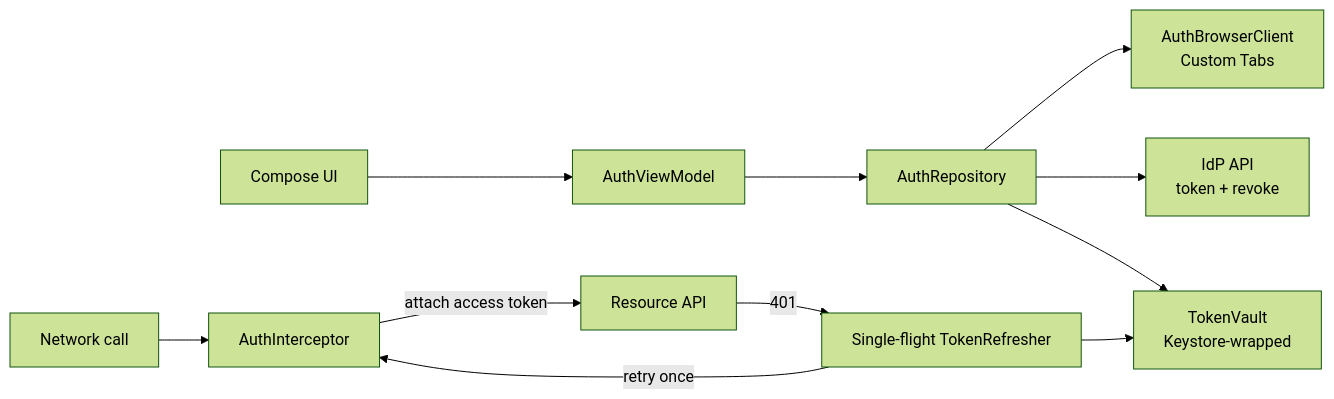
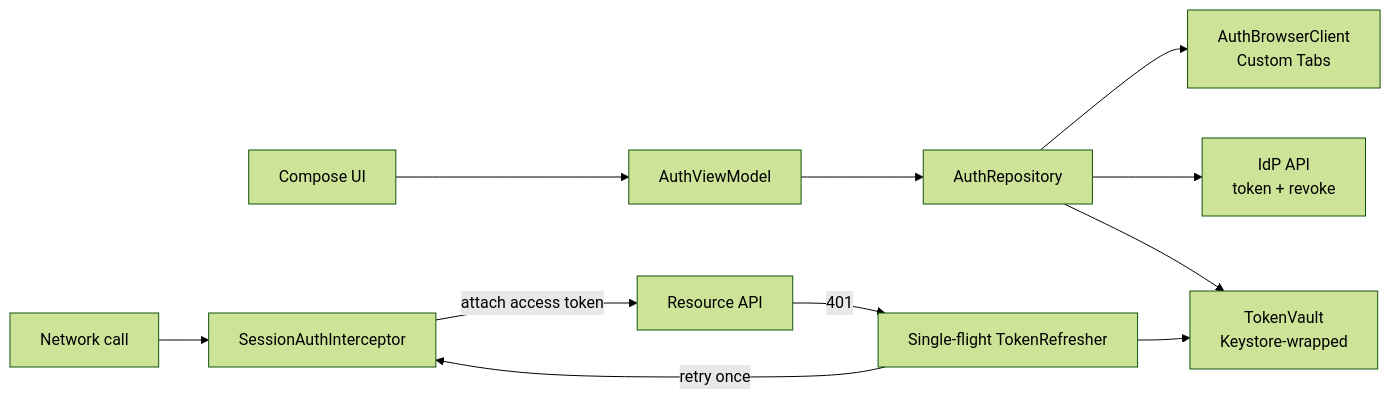
The second of 2 diagrams in mobile-system-design/authentication.md (swarnsingh/android-staff-engineer-playbook-website), drawn with Mermaid (forest theme) before and after one commit. The commit also changed other lines of this file and 16 other files, not shown here.

````diff
--- a/mobile-system-design/authentication.md
+++ b/mobile-system-design/authentication.md
@@ -143,13 +143,13 @@
 ```mermaid
 flowchart LR
     UI["Compose UI"] --> VM["AuthViewModel"] --> Repo["AuthRepository"]
     Repo --> Browser["AuthBrowserClient<br/>Custom Tabs"]
     Repo --> IdP["IdP API<br/>token + revoke"]
     Repo --> Vault["TokenVault<br/>Keystore-wrapped"]
 
-    Call["Network call"] --> Interceptor["AuthInterceptor"]
+    Call["Network call"] --> Interceptor["SessionAuthInterceptor"]
     Interceptor -->|"attach access token"| API["Resource API"]
     API -->|"401"| Refresher["Single-flight TokenRefresher"]
     Refresher --> Vault
     Refresher -->|"retry once"| Interceptor
 ```
````
